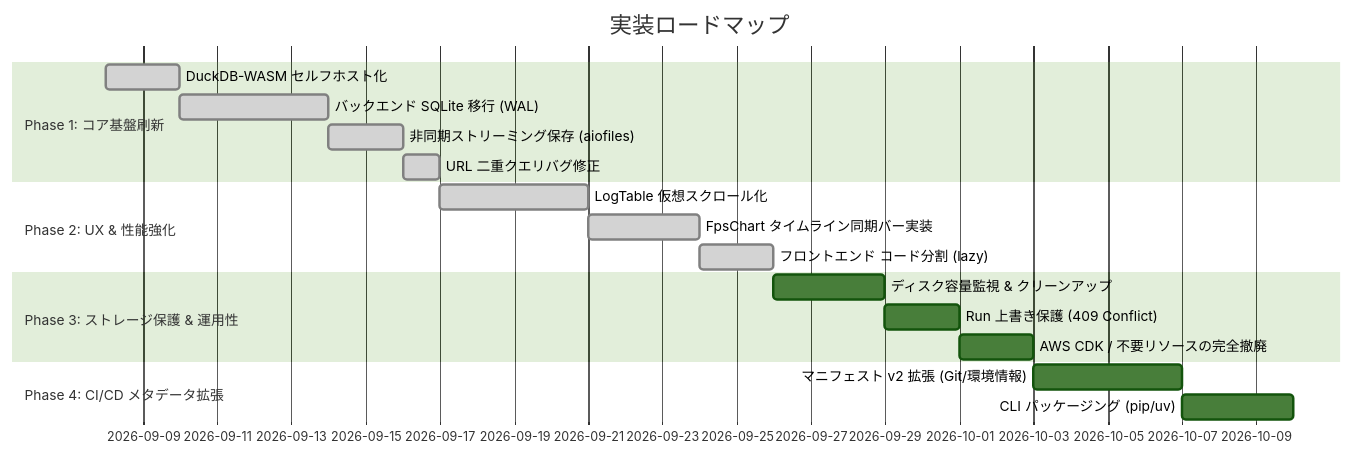
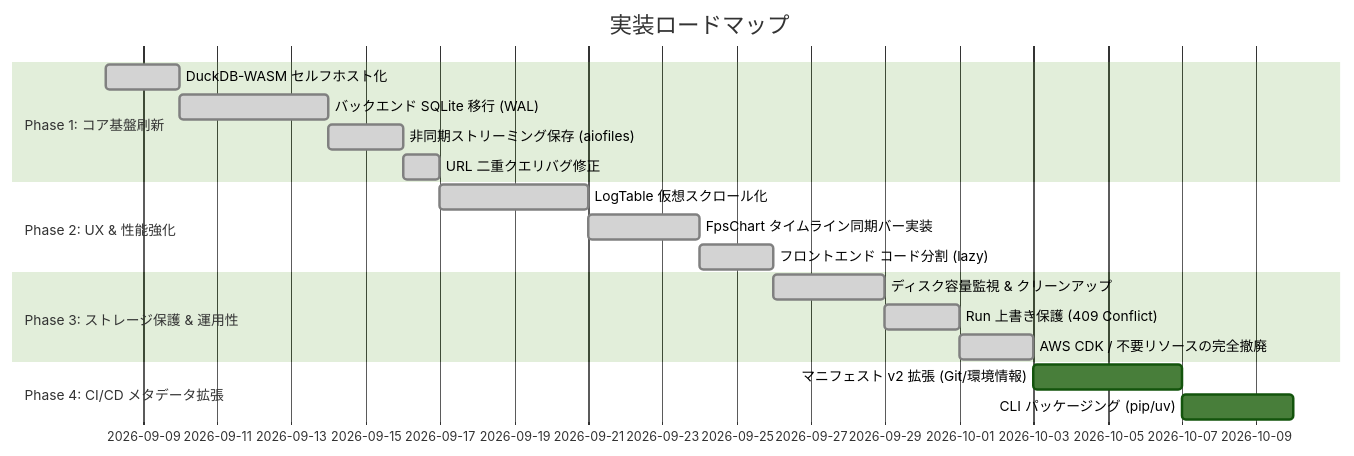
The second of 2 diagrams in docs/architecture-improvement-plan.md (y-akahori-ramen/game-db), drawn with Mermaid (forest theme) before and after one commit. The commit also changed other lines of this file and 13 other files, not shown here.

````diff
--- a/docs/architecture-improvement-plan.md
+++ b/docs/architecture-improvement-plan.md
@@ -301,24 +301,24 @@
 ```mermaid
 gantt
     title 実装ロードマップ
     dateFormat  YYYY-MM-DD
     section Phase 1: コア基盤刷新
     DuckDB-WASM セルフホスト化       :done, p1_1, 2026-09-08, 2d
     バックエンド SQLite 移行 (WAL)    :done, p1_2, after p1_1, 4d
     非同期ストリーミング保存 (aiofiles):done, p1_3, after p1_2, 2d
     URL 二重クエリバグ修正             :done, p1_4, after p1_3, 1d
 
     section Phase 2: UX & 性能強化
     LogTable 仮想スクロール化         :done, p2_1, after p1_4, 4d
     FpsChart タイムライン同期バー実装  :done, p2_2, after p2_1, 3d
     フロントエンド コード分割 (lazy)    :done, p2_3, after p2_2, 2d
 
     section Phase 3: ストレージ保護 & 運用性
-    ディスク容量監視 & クリーンアップ   : p3_1, after p2_3, 3d
-    Run 上書き保護 (409 Conflict)     : p3_2, after p3_1, 2d
-    AWS CDK / 不要リソースの完全撤廃  : p3_3, after p3_2, 2d
+    ディスク容量監視 & クリーンアップ   :done, p3_1, after p2_3, 3d
+    Run 上書き保護 (409 Conflict)     :done, p3_2, after p3_1, 2d
+    AWS CDK / 不要リソースの完全撤廃  :done, p3_3, after p3_2, 2d
 
     section Phase 4: CI/CD メタデータ拡張
     マニフェスト v2 拡張 (Git/環境情報) : p4_1, after p3_3, 4d
     CLI パッケージング (pip/uv)        : p4_2, after p4_1, 3d
 ```
````
